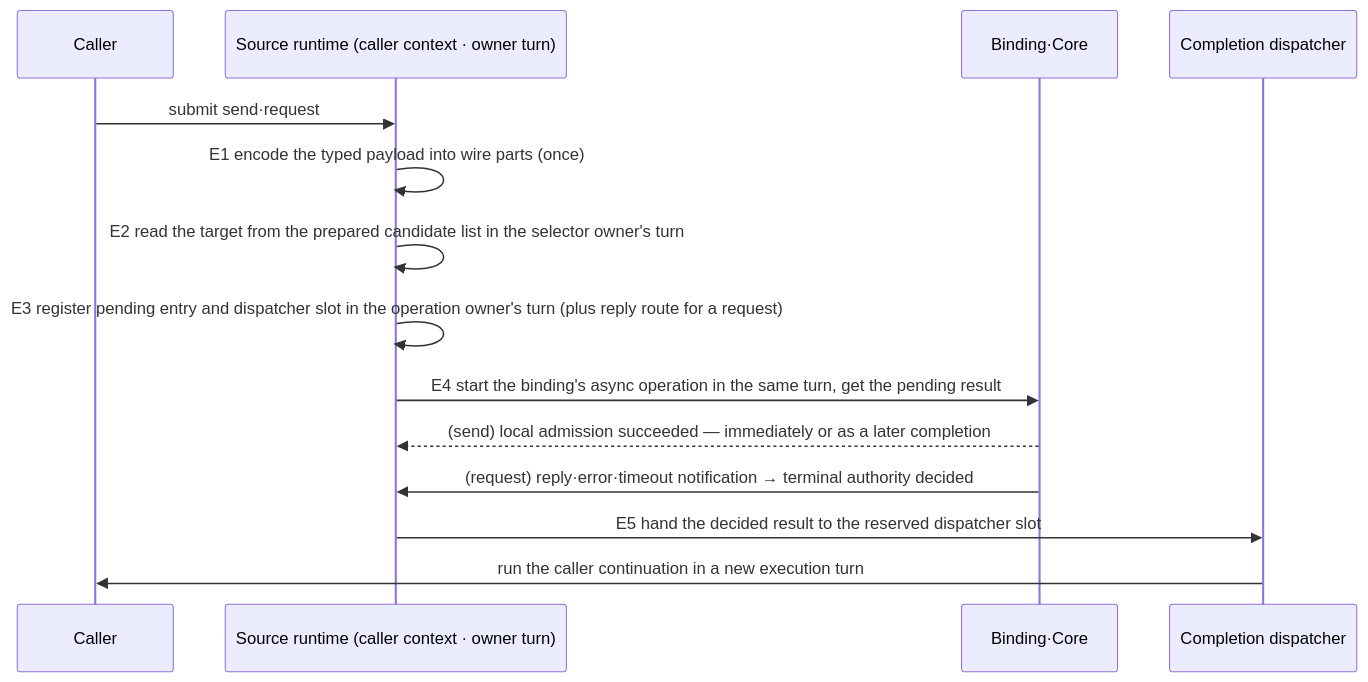
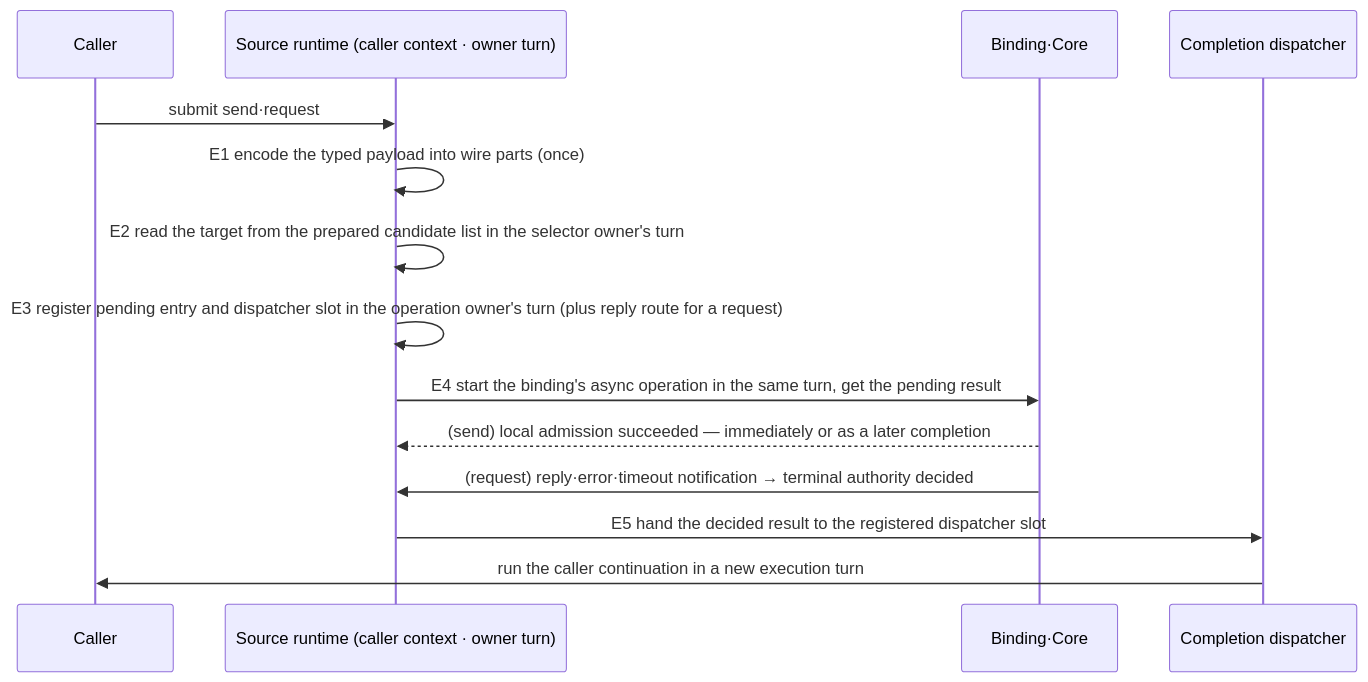
The first of 2 diagrams in framework/doc/framework/common/spec/server/01-execution/08-messaging-hot-path.en.md (zlink-systems/zlink), drawn with Mermaid before and after one commit. The commit also changed other lines of this file and 61 other files, not shown here.

````diff
--- a/framework/doc/framework/common/spec/server/01-execution/08-messaging-hot-path.en.md
+++ b/framework/doc/framework/common/spec/server/01-execution/08-messaging-hot-path.en.md
@@ -80,17 +80,17 @@
 ```mermaid
 sequenceDiagram
     participant C as Caller
     participant R as Source runtime (caller context · owner turn)
     participant B as Binding·Core
     participant D as Completion dispatcher
 
     C->>R: submit send·request
     R->>R: E1 encode the typed payload into wire parts (once)
     R->>R: E2 read the target from the prepared candidate list in the selector owner's turn
     R->>R: E3 register pending entry and dispatcher slot in the operation owner's turn (plus reply route for a request)
     R->>B: E4 start the binding's async operation in the same turn, get the pending result
     B-->>R: (send) local admission succeeded — immediately or as a later completion
     B->>R: (request) reply·error·timeout notification → terminal authority decided
-    R->>D: E5 hand the decided result to the reserved dispatcher slot
+    R->>D: E5 hand the decided result to the registered dispatcher slot
     D->>C: run the caller continuation in a new execution turn
 ```
````
